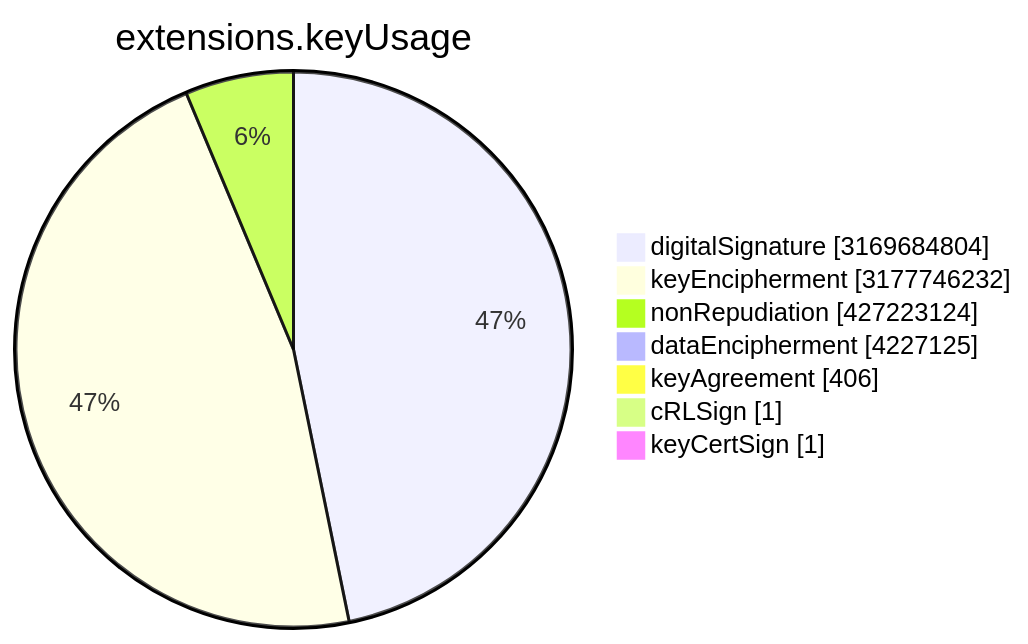
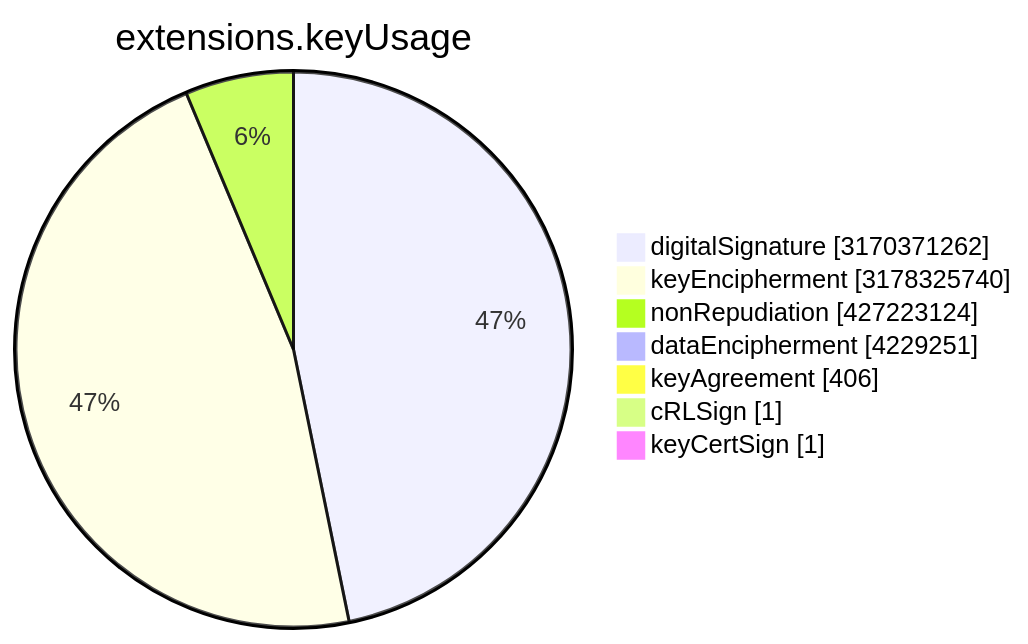
The sixth of 15 diagrams in TOTAL/README.md (christiankrug/ctmonitor_visualization), drawn with Mermaid before and after one commit. The commit also changed other lines of this file, not shown here.

````diff
--- a/TOTAL/README.md
+++ b/TOTAL/README.md
@@ -3077,11 +3077,11 @@
 ```mermaid
 pie showData
 title extensions.keyUsage
-"digitalSignature" :3169684804
-"keyEncipherment" :3177746232
+"digitalSignature" :3170371262
+"keyEncipherment" :3178325740
 "nonRepudiation" :427223124
-"dataEncipherment" :4227125
+"dataEncipherment" :4229251
 "keyAgreement" :406
 "cRLSign" :1
 "keyCertSign" :1
 ```
````
